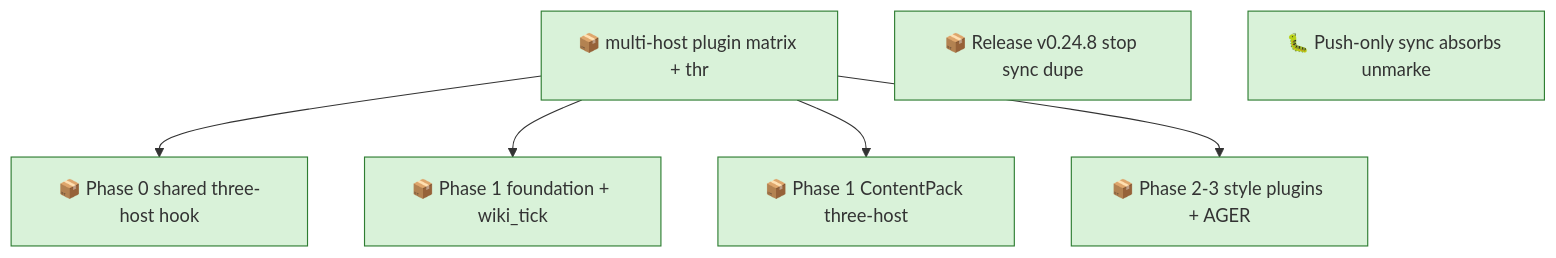
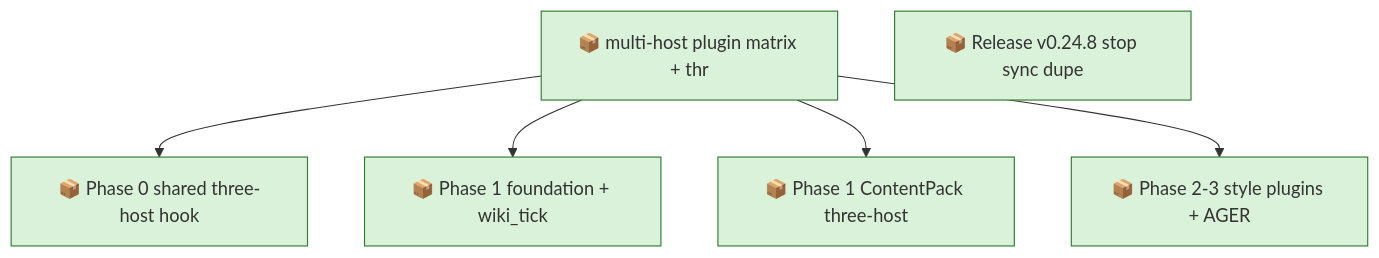
One commit to SpillwaveSolutions/wiki_ticket_sdd changed the first of 2 diagrams in docs/roadmap.md. Above: the diagram before and after it, drawn with Mermaid. The commit also changed other lines of this file and 8 other files, not shown here.

First line of the commit message:
chore: close 01M12FX1MV11180BVA967VQBYP after #386

````diff
--- a/docs/roadmap.md
+++ b/docs/roadmap.md
@@ -58,16 +57,15 @@
 ```mermaid
 graph TD
     01M0KCDKJRAZYMWDD9PFGHC6XY["📦 multi-host plugin matrix + thr"]
     01M0KCDV5GP8BMZT142MMAPAG7["📦 Phase 0 shared three-host hook"]
     01M0KCDV7AQEQ61TA2MYN3M5C3["📦 Phase 1 foundation + wiki_tick"]
     01M0KCDV94P4YPBXJXQZNNGQTM["📦 Phase 1 ContentPack three-host"]
     01M0KCDVAYS67SPN8FHAYY4DWX["📦 Phase 2-3 style plugins + AGER"]
     01M106V1CN004P95YGSKXX69Q3["📦 Release v0.24.8 stop sync dupe"]
-    01M12FX1MV11180BVA967VQBYP["🐛 Push-only sync absorbs unmarke"]
     01M0KCDKJRAZYMWDD9PFGHC6XY --> 01M0KCDV5GP8BMZT142MMAPAG7
     01M0KCDKJRAZYMWDD9PFGHC6XY --> 01M0KCDV7AQEQ61TA2MYN3M5C3
     01M0KCDKJRAZYMWDD9PFGHC6XY --> 01M0KCDV94P4YPBXJXQZNNGQTM
     01M0KCDKJRAZYMWDD9PFGHC6XY --> 01M0KCDVAYS67SPN8FHAYY4DWX
     classDef in_progress fill:#d9f2d9,stroke:#2e7d32
-    class 01M0KCDKJRAZYMWDD9PFGHC6XY,01M0KCDV5GP8BMZT142MMAPAG7,01M0KCDV7AQEQ61TA2MYN3M5C3,01M0KCDV94P4YPBXJXQZNNGQTM,01M0KCDVAYS67SPN8FHAYY4DWX,01M106V1CN004P95YGSKXX69Q3,01M12FX1MV11180BVA967VQBYP in_progress
+    class 01M0KCDKJRAZYMWDD9PFGHC6XY,01M0KCDV5GP8BMZT142MMAPAG7,01M0KCDV7AQEQ61TA2MYN3M5C3,01M0KCDV94P4YPBXJXQZNNGQTM,01M0KCDVAYS67SPN8FHAYY4DWX,01M106V1CN004P95YGSKXX69Q3 in_progress
 ```
````
